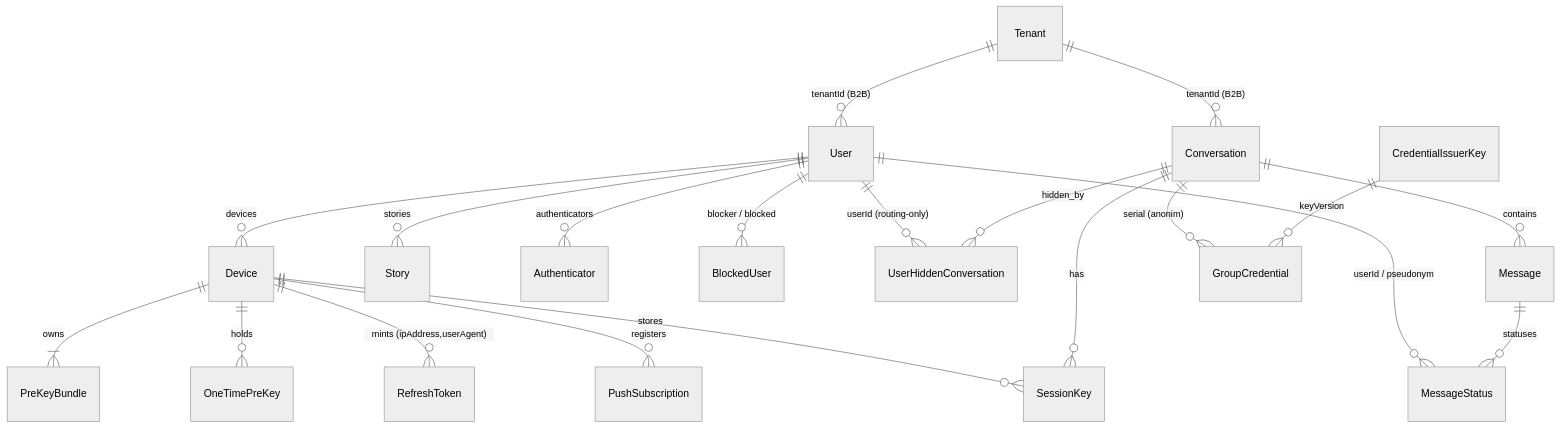
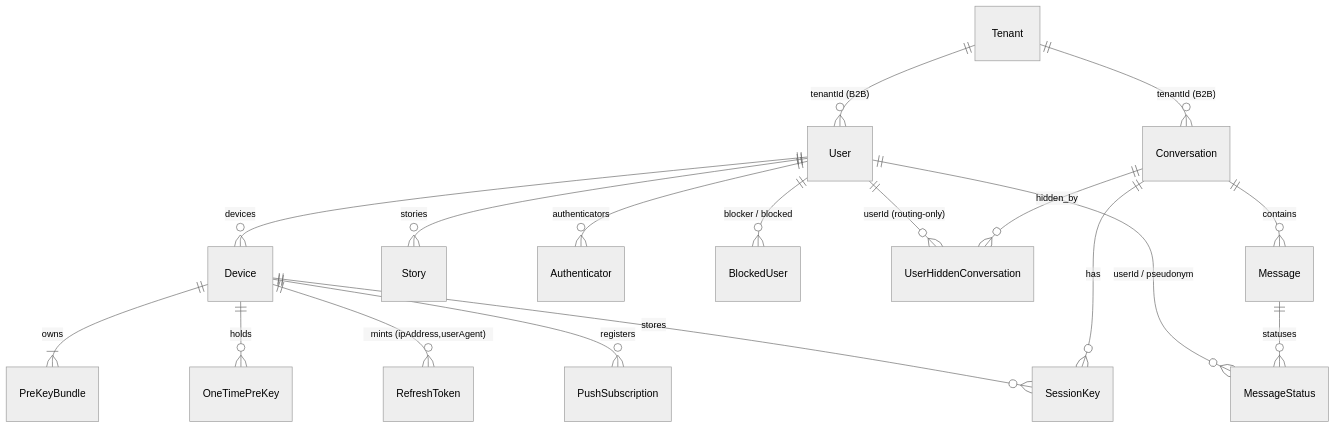
One commit to h4nzs/nyx-chat changed the diagram in docs/28-db-dump-threat-model.md. Above: the diagram before and after it, drawn with Mermaid (neutral theme). The commit also changed other lines of this file and 157 other files, not shown here.

````diff
--- a/docs/28-db-dump-threat-model.md
+++ b/docs/28-db-dump-threat-model.md
@@ -38,22 +42,20 @@
 ```mermaid
 erDiagram
     Tenant ||--o{ User : "tenantId (B2B)"
     Tenant ||--o{ Conversation : "tenantId (B2B)"
     User ||--o{ Device : devices
     User ||--o{ Story : stories
     User ||--o{ Authenticator : authenticators
     User ||--o{ BlockedUser : "blocker / blocked"
     User ||--o{ UserHiddenConversation : "userId (routing-only)"
     User ||--o{ MessageStatus : "userId / pseudonym"
     Device ||--|{ PreKeyBundle : owns
     Device ||--o{ OneTimePreKey : holds
     Device ||--o{ RefreshToken : "mints (ipAddress,userAgent)"
     Device ||--o{ PushSubscription : registers
     Device ||--o{ SessionKey : stores
     Conversation ||--o{ Message : contains
     Conversation ||--o{ SessionKey : has
     Conversation ||--o{ UserHiddenConversation : hidden_by
-    Conversation ||--o{ GroupCredential : "serial (anonim)"
     Message ||--o{ MessageStatus : statuses
-    CredentialIssuerKey ||--o{ GroupCredential : "keyVersion"
 ```
````
